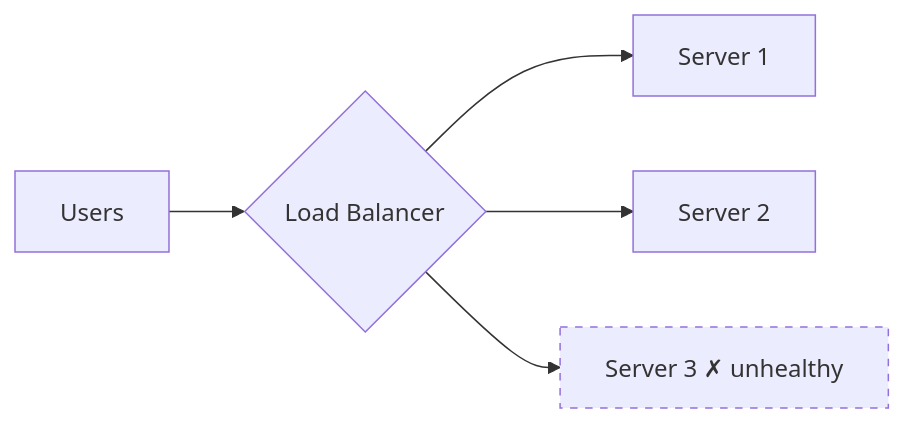
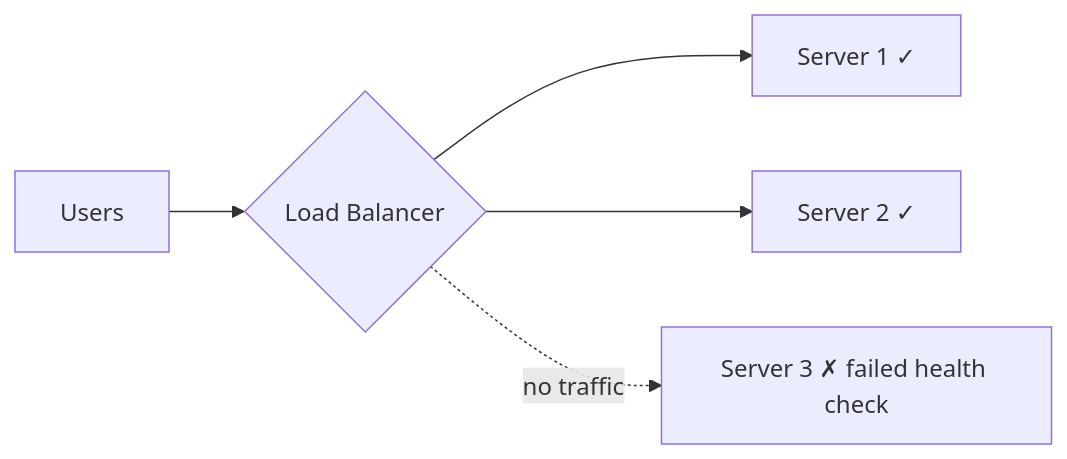
The second of 4 diagrams in design/3 System Design/Networking Essentials.md (hshtgbrendo/software-dev-prep), drawn with Mermaid before and after one commit. The commit also changed other lines of this file and 28 other files, not shown here.

````diff
--- a/design/3 System Design/Networking Essentials.md
+++ b/design/3 System Design/Networking Essentials.md
@@ -87,8 +161,7 @@
 ```mermaid
 flowchart LR
   U[Users] --> LB{Load Balancer}
-  LB --> S1[Server 1]
-  LB --> S2[Server 2]
-  LB --> S3[Server 3 ✗ unhealthy]
-  style S3 stroke-dasharray: 5 5
+  LB --> S1[Server 1 ✓]
+  LB --> S2[Server 2 ✓]
+  LB -. no traffic .-> S3[Server 3 ✗ failed health check]
 ```
````
